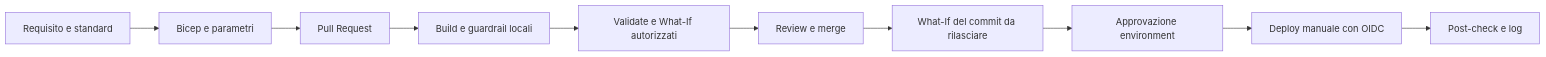
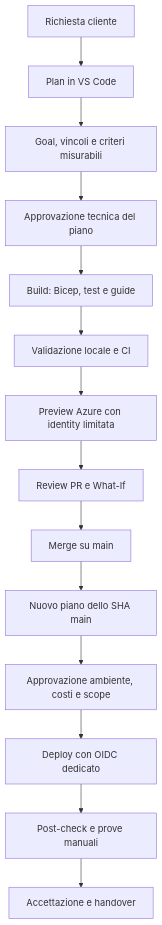
Before and after one commit to CiminaghiEmanuele/Github-Copilot---Azure-Deployment: the diagram in README.md, drawn with Mermaid. The commit also changed other lines of this file and 34 other files, not shown here.

````diff
--- a/README.md
+++ b/README.md
@@ -69,12 +19,16 @@
 ```mermaid
-flowchart LR
-    Requirement[Requisito e standard] --> Code[Bicep e parametri]
-    Code --> PR[Pull Request]
-    PR --> CI[Build e guardrail locali]
-    CI --> Preview[Validate e What-If autorizzati]
-    Preview --> Review[Review e merge]
-    Review --> Plan[What-If del commit da rilasciare]
-    Plan --> Approval[Approvazione environment]
-    Approval --> Deploy[Deploy manuale con OIDC]
-    Deploy --> Check[Post-check e log]
+flowchart TD
+    Request[Richiesta cliente] --> Plan[Plan in VS Code]
+    Plan --> Goal[Goal, vincoli e criteri misurabili]
+    Goal --> Approval[Approvazione tecnica del piano]
+    Approval --> Build[Build: Bicep, test e guide]
+    Build --> Local[Validazione locale e CI]
+    Local --> Preview[Preview Azure con identity limitata]
+    Preview --> Review[Review PR e What-If]
+    Review --> Release[Merge su main]
+    Release --> DeployPlan[Nuovo piano dello SHA main]
+    DeployPlan --> DeployApproval[Approvazione ambiente, costi e scope]
+    DeployApproval --> Deploy[Deploy con OIDC dedicato]
+    Deploy --> Verify[Post-check e prove manuali]
+    Verify --> Accept[Accettazione e handover]
 ```
````
